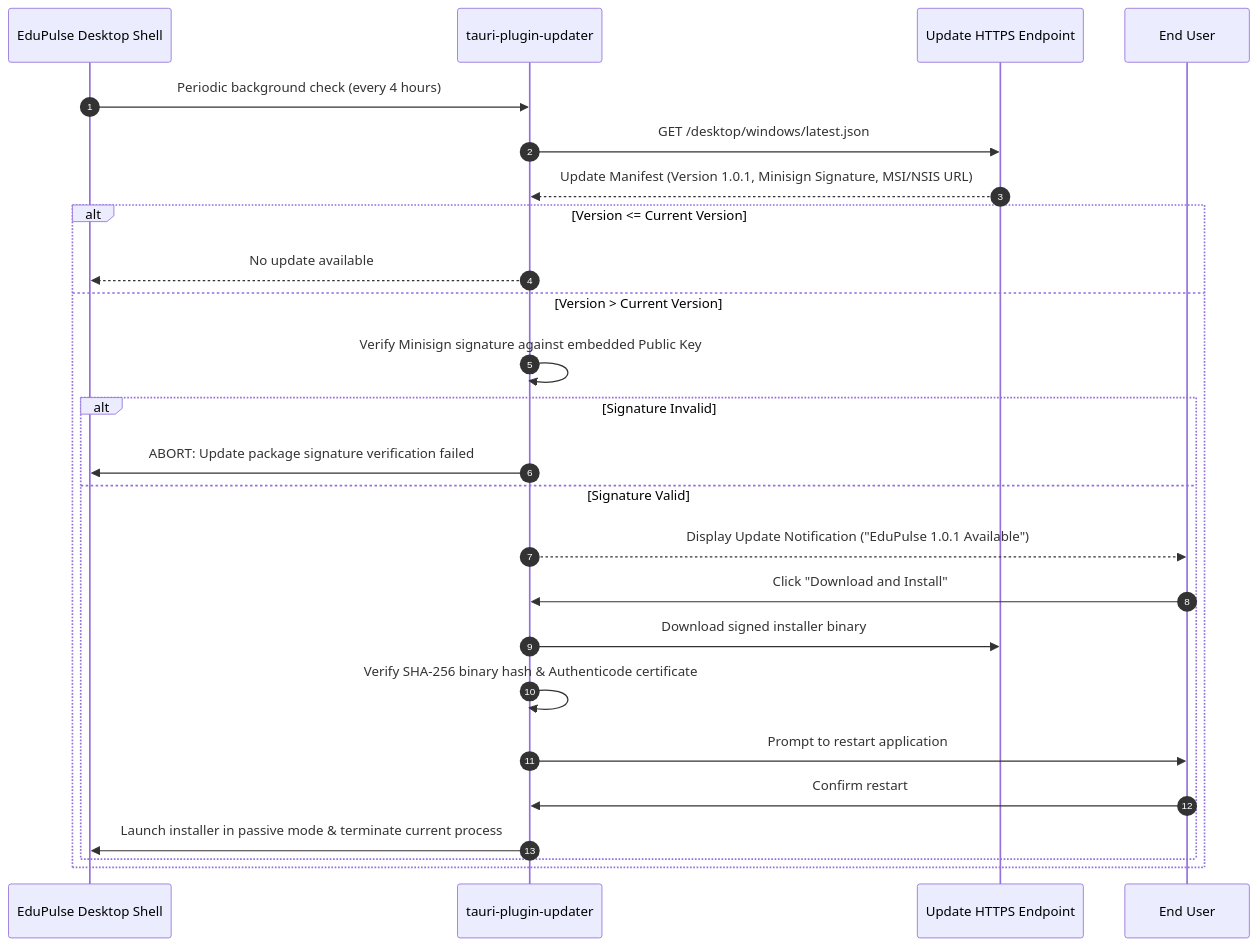
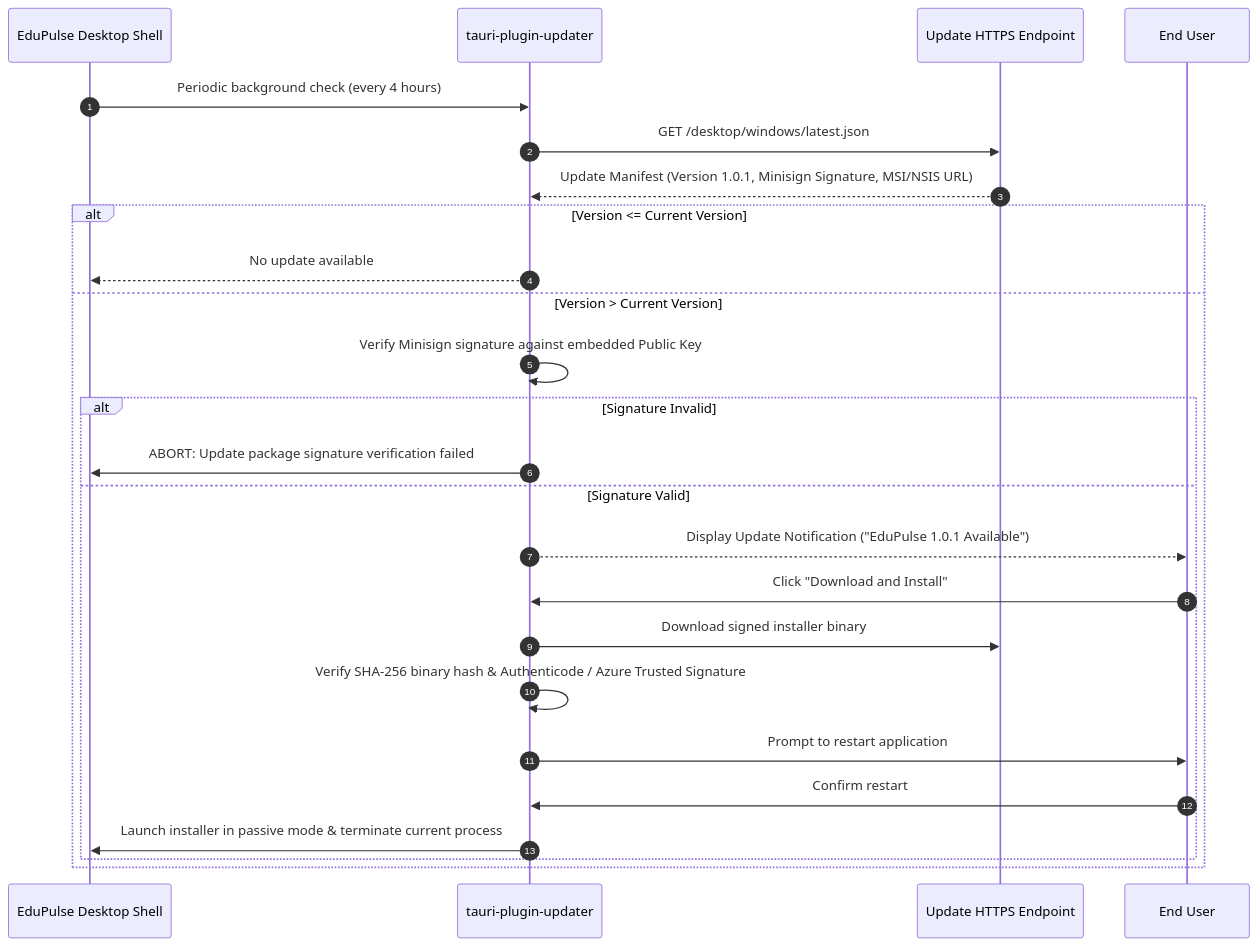
One commit to CodeTillEternity/Edupulse_ERP_desktop_v1.0 changed the second of 2 diagrams in docs/desktop-migration/day-02/07e-desktop-logging-diagnostics-and-updates.md. Above: the diagram before and after it, drawn with Mermaid. The commit also changed other lines of this file and 3 other files, not shown here.

Commit message:
docs(architecture): refine desktop packaging and runtime security decisions

````diff
--- a/docs/desktop-migration/day-02/07e-desktop-logging-diagnostics-and-updates.md
+++ b/docs/desktop-migration/day-02/07e-desktop-logging-diagnostics-and-updates.md
@@ -132,29 +213,29 @@
 ```mermaid
 sequenceDiagram
     autonumber
     participant App as EduPulse Desktop Shell
     participant Updater as tauri-plugin-updater
     participant Server as Update HTTPS Endpoint
     participant User as End User
 
     App->>Updater: Periodic background check (every 4 hours)
     Updater->>Server: GET /desktop/windows/latest.json
     Server-->>Updater: Update Manifest (Version 1.0.1, Minisign Signature, MSI/NSIS URL)
 
     alt Version <= Current Version
         Updater-->>App: No update available
     else Version > Current Version
         Updater->>Updater: Verify Minisign signature against embedded Public Key
         alt Signature Invalid
             Updater->>App: ABORT: Update package signature verification failed
         else Signature Valid
             Updater-->>User: Display Update Notification ("EduPulse 1.0.1 Available")
             User->>Updater: Click "Download and Install"
             Updater->>Server: Download signed installer binary
-            Updater->>Updater: Verify SHA-256 binary hash & Authenticode certificate
+            Updater->>Updater: Verify SHA-256 binary hash & Authenticode / Azure Trusted Signature
             Updater->>User: Prompt to restart application
             User->>Updater: Confirm restart
             Updater->>App: Launch installer in passive mode & terminate current process
         end
     end
 ```
````
